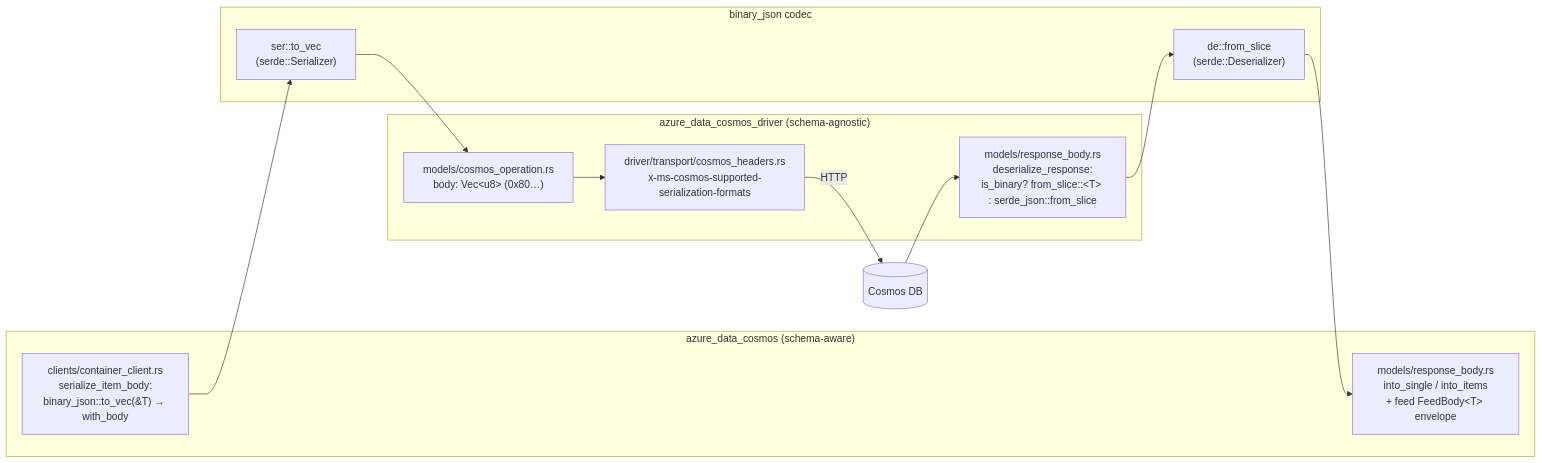
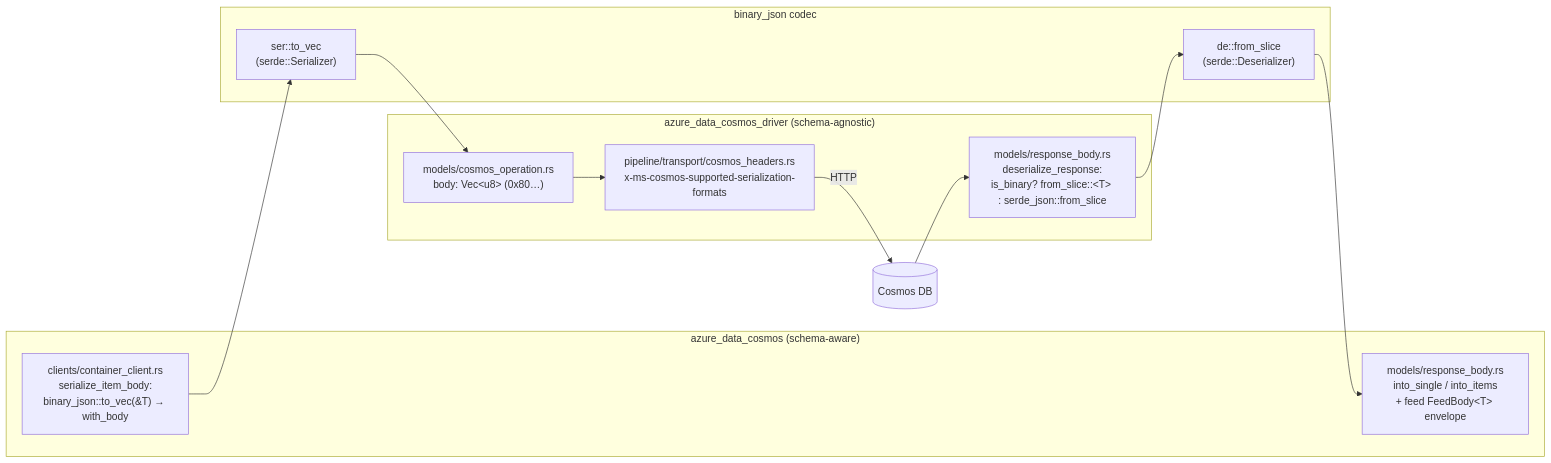
The first of 2 diagrams in sdk/cosmos/docs/specs/0015-binary-encoding.md (Azure/azure-sdk-for-rust), drawn with Mermaid before and after one commit. The commit also changed 83 other files, not shown here.

First line of the commit message:
Clarify Cosmos transport pipeline flow

````diff
--- a/sdk/cosmos/docs/specs/0015-binary-encoding.md
+++ b/sdk/cosmos/docs/specs/0015-binary-encoding.md
@@ -185,19 +185,19 @@
 ```mermaid
 flowchart LR
   subgraph SDK["azure_data_cosmos (schema-aware)"]
     CI["clients/container_client.rs<br/>serialize_item_body:<br/>binary_json::to_vec(&T) → with_body"]
     RB["models/response_body.rs<br/>into_single / into_items<br/>+ feed FeedBody&lt;T&gt; envelope"]
   end
   subgraph DRV["azure_data_cosmos_driver (schema-agnostic)"]
     OP["models/cosmos_operation.rs<br/>body: Vec&lt;u8&gt; (0x80…)"]
-    HDR["driver/transport/cosmos_headers.rs<br/>x-ms-cosmos-supported-serialization-formats"]
+    HDR["pipeline/transport/cosmos_headers.rs<br/>x-ms-cosmos-supported-serialization-formats"]
     DRB["models/response_body.rs<br/>deserialize_response:<br/>is_binary? from_slice::&lt;T&gt; : serde_json::from_slice"]
   end
   subgraph CODEC["binary_json codec"]
     SER["ser::to_vec<br/>(serde::Serializer)"]
     DE["de::from_slice<br/>(serde::Deserializer)"]
   end
   CI --> SER --> OP --> HDR
   HDR -->|HTTP| SVC[(Cosmos DB)]
   SVC --> DRB --> DE --> RB
 ```
````
